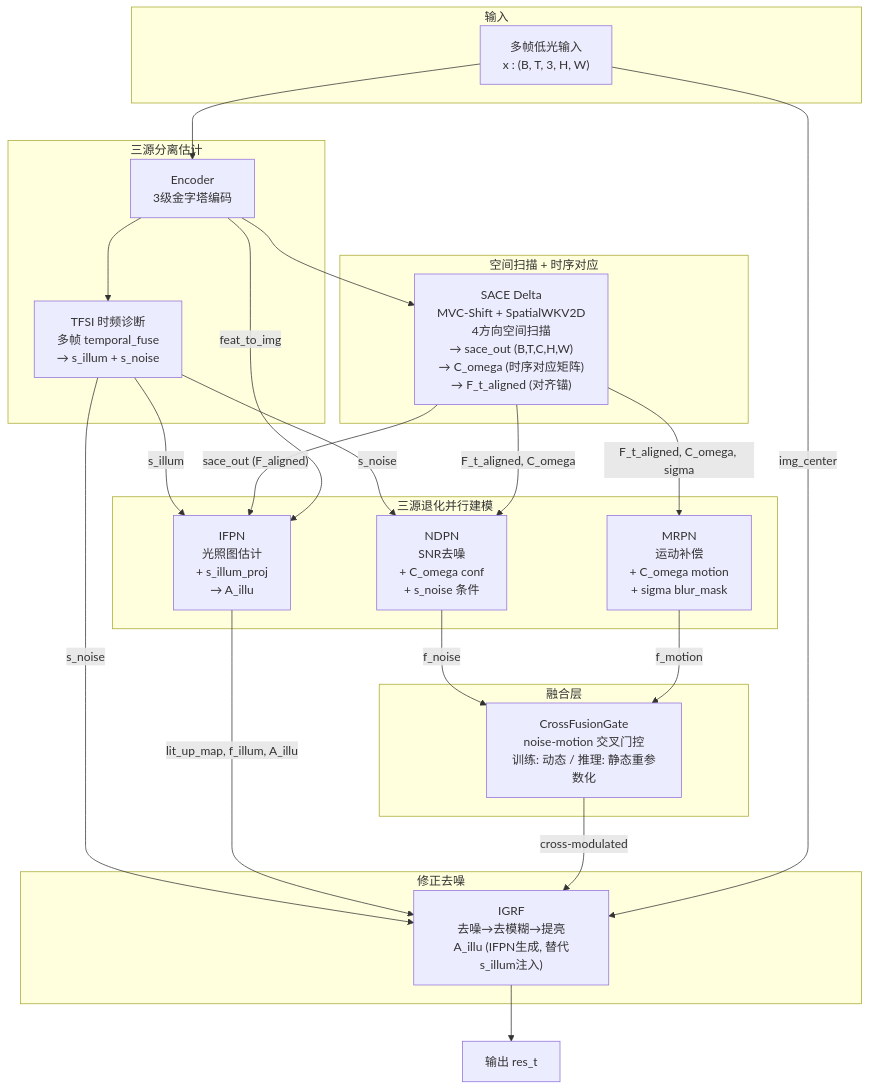
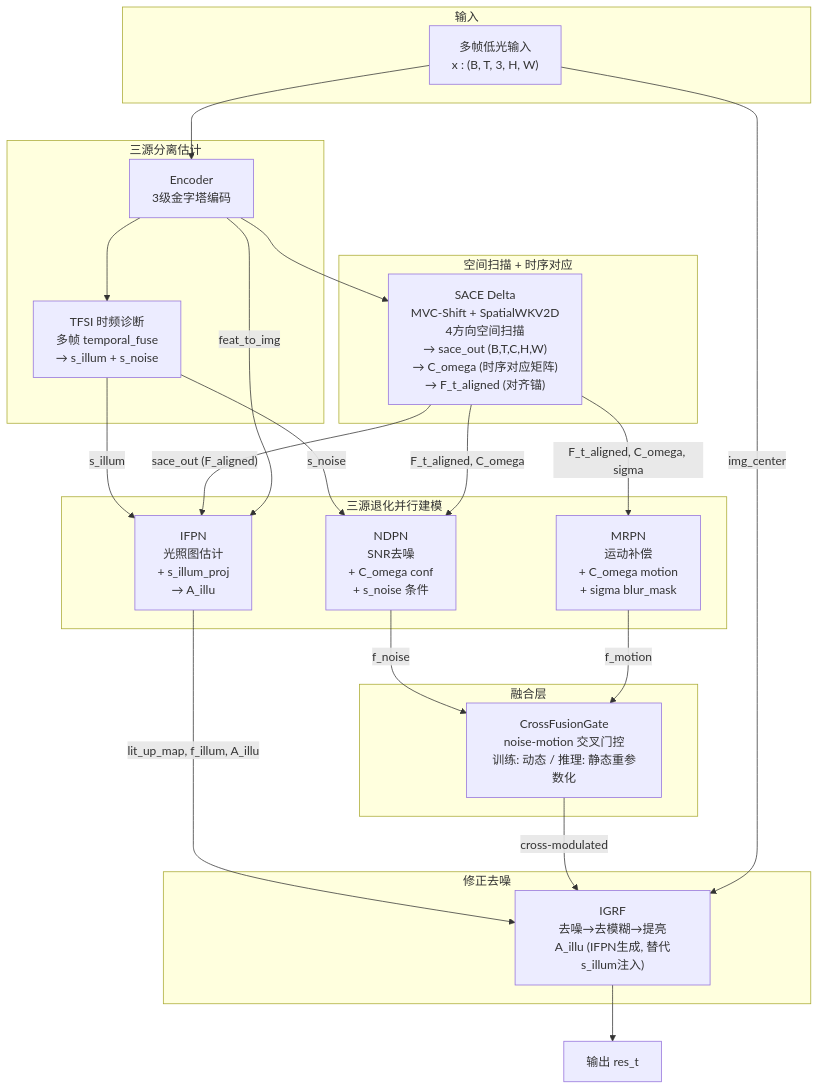
The first of 2 diagrams in docs/v6/RWKV-Delta-model/v6-delta-diagrams.md (chendeming2002/TFS-Net), drawn with Mermaid before and after one commit. The commit also changed other lines of this file, not shown here.

````diff
--- a/docs/v6/RWKV-Delta-model/v6-delta-diagrams.md
+++ b/docs/v6/RWKV-Delta-model/v6-delta-diagrams.md
@@ -5,51 +5,50 @@
 ```mermaid
 flowchart TD
     subgraph 输入
         IN["多帧低光输入<br/>x : (B, T, 3, H, W)"]
     end
 
     subgraph 诊断层["三源分离估计"]
         ENC["Encoder<br/>3级金字塔编码"]
         TFSI["TFSI 时频诊断<br/>多帧 temporal_fuse<br/>→ s_illum + s_noise"]
     end
 
     subgraph 对齐层["空间扫描 + 时序对应"]
         SACE["SACE Delta<br/>MVC-Shift + SpatialWKV2D<br/>4方向空间扫描<br/>→ sace_out (B,T,C,H,W)<br/>→ C_omega (时序对应矩阵)<br/>→ F_t_aligned (对齐锚)"]
     end
 
     subgraph 处理层["三源退化并行建模"]
         IFPN["IFPN<br/>光照图估计<br/>+ s_illum_proj<br/>→ A_illu"]
         NDPN["NDPN<br/>SNR去噪<br/>+ C_omega conf<br/>+ s_noise 条件"]
         MRPN["MRPN<br/>运动补偿<br/>+ C_omega motion<br/>+ sigma blur_mask"]
     end
 
     subgraph 融合层
         CXF["CrossFusionGate<br/>noise-motion 交叉门控<br/>训练: 动态 / 推理: 静态重参数化"]
     end
 
     subgraph 执行层["修正去噪"]
         IGRF["IGRF<br/>去噪→去模糊→提亮<br/>A_illu (IFPN生成, 替代s_illum注入)"]
     end
 
     OUT["输出 res_t"]
 
     IN --> ENC
     ENC --> TFSI
     ENC --> SACE
     TFSI -- "s_illum" --> IFPN
     TFSI -- "s_noise" --> NDPN
-    TFSI -- "s_noise" --> IGRF
 
     SACE -- "sace_out (F_aligned)" --> IFPN
     SACE -- "F_t_aligned, C_omega" --> NDPN
     SACE -- "F_t_aligned, C_omega, sigma" --> MRPN
 
     IFPN -- "lit_up_map, f_illum, A_illu" --> IGRF
     NDPN -- "f_noise" --> CXF
     MRPN -- "f_motion" --> CXF
     CXF -- "cross-modulated" --> IGRF
 
     IGRF --> OUT
     IN -- "img_center" --> IGRF
     ENC -- "feat_to_img" --> IFPN
 ```
````
